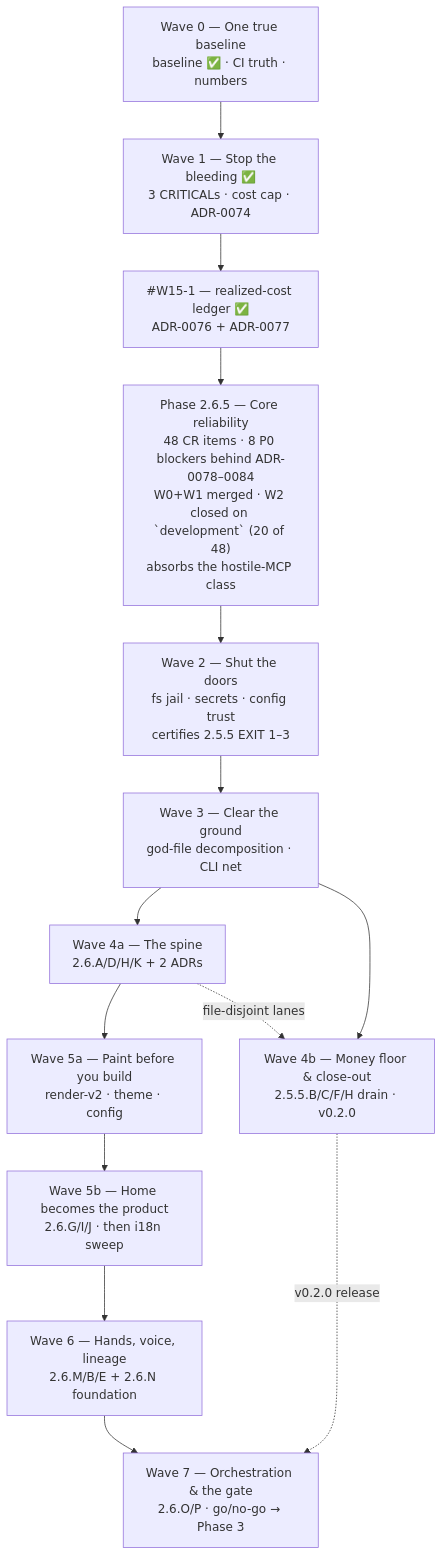
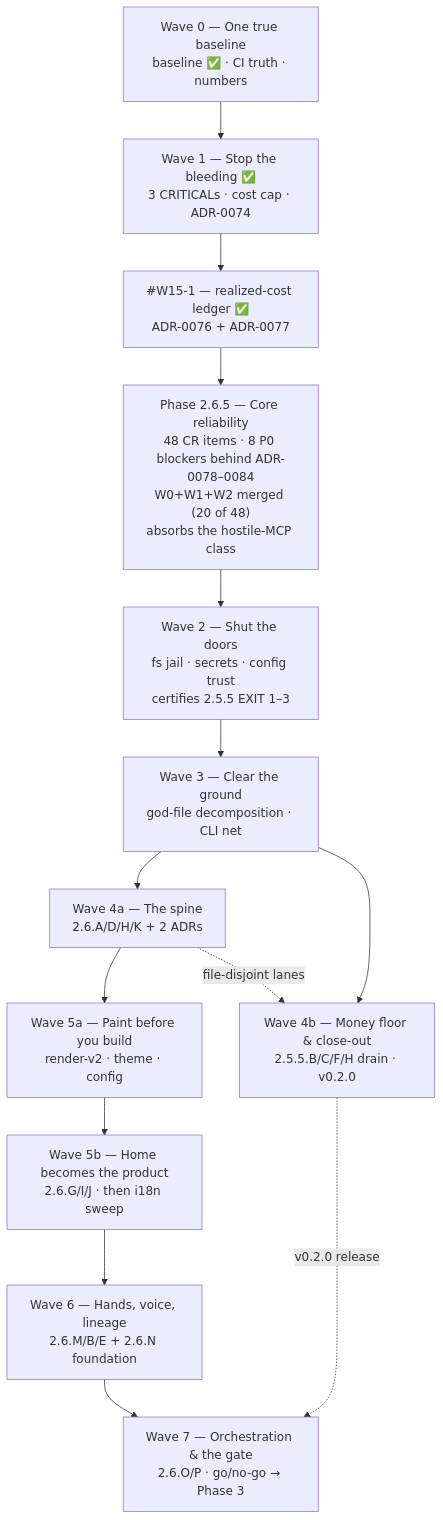
The diagram in docs/roadmap/current.md (HodeTech/Relavium), drawn with Mermaid before and after one commit. The commit also changed other lines of this file and 3 other files, not shown here.

First line of the commit message:
docs(roadmap): mark Phase 2.6.5 W2 merged, and correct one claim it overstated

````diff
--- a/docs/roadmap/current.md
+++ b/docs/roadmap/current.md
@@ -89,19 +89,19 @@
 ```mermaid
 flowchart TD
     W0["Wave 0 — One true baseline<br/>baseline ✅ · CI truth · numbers"]
     W1["Wave 1 — Stop the bleeding ✅<br/>3 CRITICALs · cost cap · ADR-0074"]
     LEDGER["#W15-1 — realized-cost ledger ✅<br/>ADR-0076 + ADR-0077"]
-    P265["Phase 2.6.5 — Core reliability<br/>48 CR items · 8 P0 blockers behind ADR-0078–0084<br/>W0+W1 merged · W2 closed on `development` (20 of 48)<br/>absorbs the hostile-MCP class"]
+    P265["Phase 2.6.5 — Core reliability<br/>48 CR items · 8 P0 blockers behind ADR-0078–0084<br/>W0+W1+W2 merged (20 of 48)<br/>absorbs the hostile-MCP class"]
     W2["Wave 2 — Shut the doors<br/>fs jail · secrets · config trust<br/>certifies 2.5.5 EXIT 1–3"]
     W3["Wave 3 — Clear the ground<br/>god-file decomposition · CLI net"]
     W4a["Wave 4a — The spine<br/>2.6.A/D/H/K + 2 ADRs"]
     W4b["Wave 4b — Money floor & close-out<br/>2.5.5.B/C/F/H drain · v0.2.0"]
     W5a["Wave 5a — Paint before you build<br/>render-v2 · theme · config"]
     W5b["Wave 5b — Home becomes the product<br/>2.6.G/I/J · then i18n sweep"]
     W6["Wave 6 — Hands, voice, lineage<br/>2.6.M/B/E + 2.6.N foundation"]
     W7["Wave 7 — Orchestration & the gate<br/>2.6.O/P · go/no-go → Phase 3"]
     W0 --> W1 --> LEDGER --> P265 --> W2 --> W3 --> W4a --> W5a --> W5b --> W6 --> W7
     W3 --> W4b
     W4b -.->|v0.2.0 release| W7
     W4a -.->|file-disjoint lanes| W4b
 ```
````
